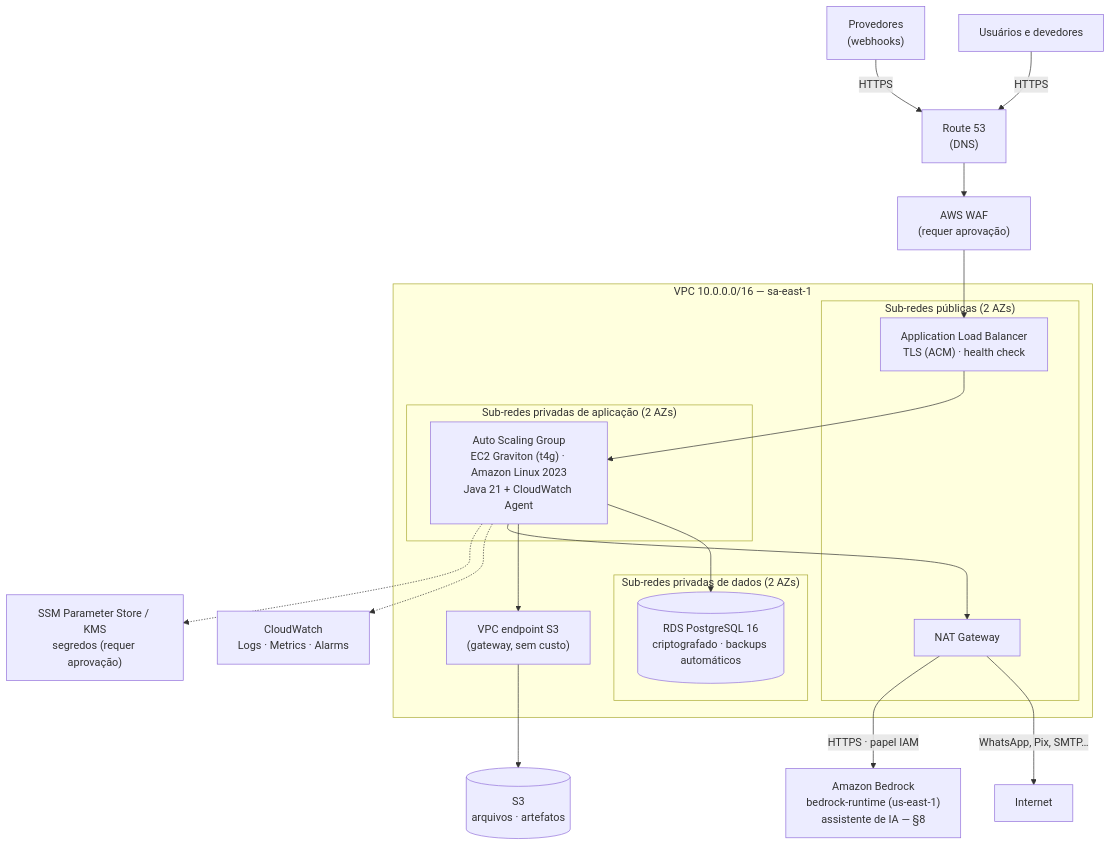
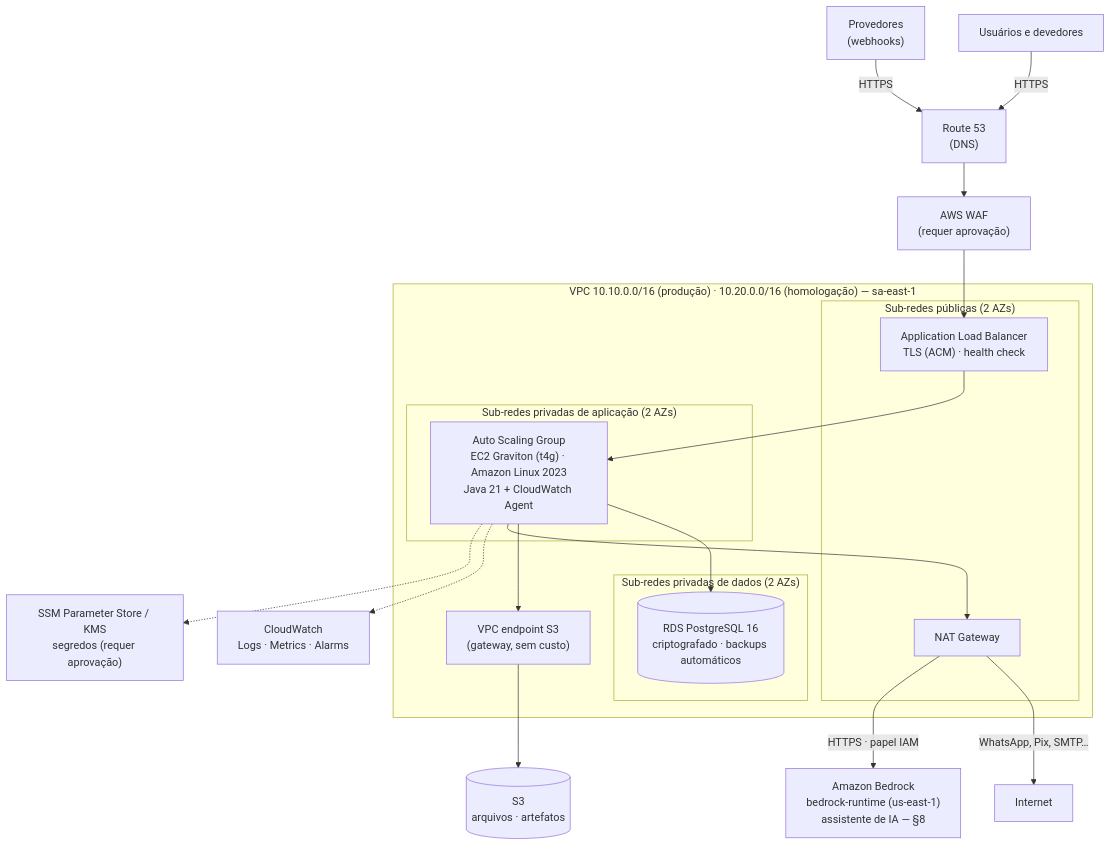
One commit to marcoskapp/gestor_cobranca changed the first of 2 diagrams in docs/arquitetura/infraestrutura-aws.md. Above: the diagram before and after it, drawn with Mermaid. The commit also changed other lines of this file and 43 other files, not shown here.

````diff
--- a/docs/arquitetura/infraestrutura-aws.md
+++ b/docs/arquitetura/infraestrutura-aws.md
@@ -15,29 +15,29 @@
 ```mermaid
 flowchart TB
     U["Usuários e devedores"] -->|HTTPS| R53["Route 53<br/>(DNS)"]
     P["Provedores<br/>(webhooks)"] -->|HTTPS| R53
     R53 --> WAF["AWS WAF<br/>(requer aprovação)"]
     WAF --> ALB
 
-    subgraph VPC["VPC 10.0.0.0/16 — sa-east-1"]
+    subgraph VPC["VPC 10.10.0.0/16 (produção) · 10.20.0.0/16 (homologação) — sa-east-1"]
         subgraph PUB["Sub-redes públicas (2 AZs)"]
             ALB["Application Load Balancer<br/>TLS (ACM) · health check"]
             NAT["NAT Gateway"]
         end
         subgraph APP["Sub-redes privadas de aplicação (2 AZs)"]
             ASG["Auto Scaling Group<br/>EC2 Graviton (t4g) · Amazon Linux 2023<br/>Java 21 + CloudWatch Agent"]
         end
         subgraph DB["Sub-redes privadas de dados (2 AZs)"]
             RDS[("RDS PostgreSQL 16<br/>criptografado · backups automáticos")]
         end
         S3E["VPC endpoint S3<br/>(gateway, sem custo)"]
     end
 
     ALB --> ASG
     ASG --> RDS
     ASG --> S3E --> S3[("S3<br/>arquivos · artefatos")]
     ASG --> NAT -->|"WhatsApp, Pix, SMTP…"| INTERNET["Internet"]
     NAT -->|"HTTPS · papel IAM"| BEDROCK["Amazon Bedrock<br/>bedrock-runtime (us-east-1)<br/>assistente de IA — §8"]
     ASG -.-> CW["CloudWatch<br/>Logs · Metrics · Alarms"]
     ASG -.-> SSM["SSM Parameter Store / KMS<br/>segredos (requer aprovação)"]
 ```
````
